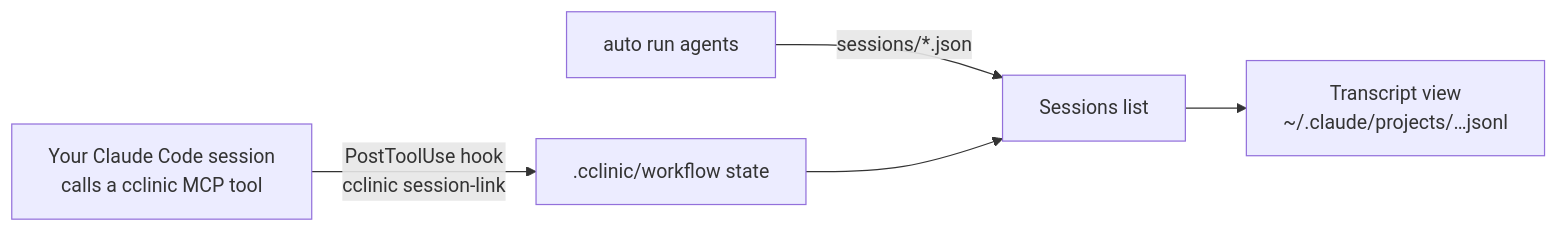
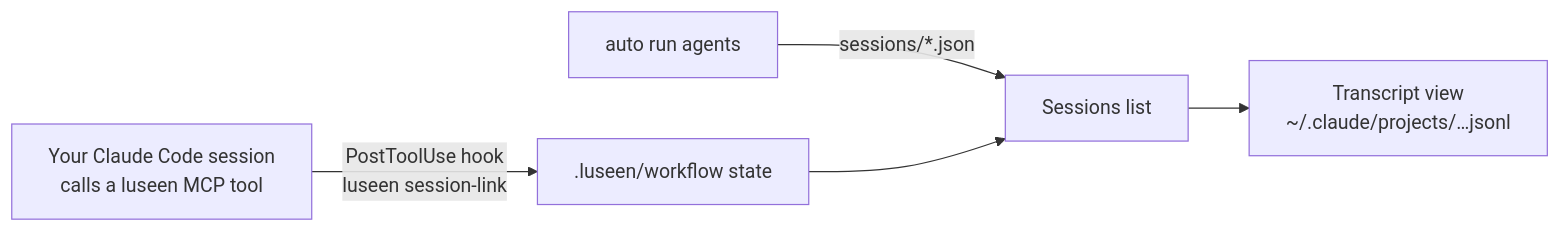
Before and after one commit to Hayko97/cclinic: the eighth of 8 diagrams in GUI_FLOW.md, drawn with Mermaid. The commit also changed other lines of this file and 311 other files, not shown here.

````diff
--- a/GUI_FLOW.md
+++ b/GUI_FLOW.md
@@ -218,6 +218,6 @@
 ```mermaid
 flowchart LR
     R[auto run agents] -->|sessions/*.json| SS[Sessions list]
-    H[Your Claude Code session<br/>calls a cclinic MCP tool] -->|PostToolUse hook<br/>cclinic session-link| WS[.cclinic/workflow state] --> SS
+    H[Your Claude Code session<br/>calls a luseen MCP tool] -->|PostToolUse hook<br/>luseen session-link| WS[.luseen/workflow state] --> SS
     SS --> TR[Transcript view<br/>~/.claude/projects/…jsonl]
 ```
````
